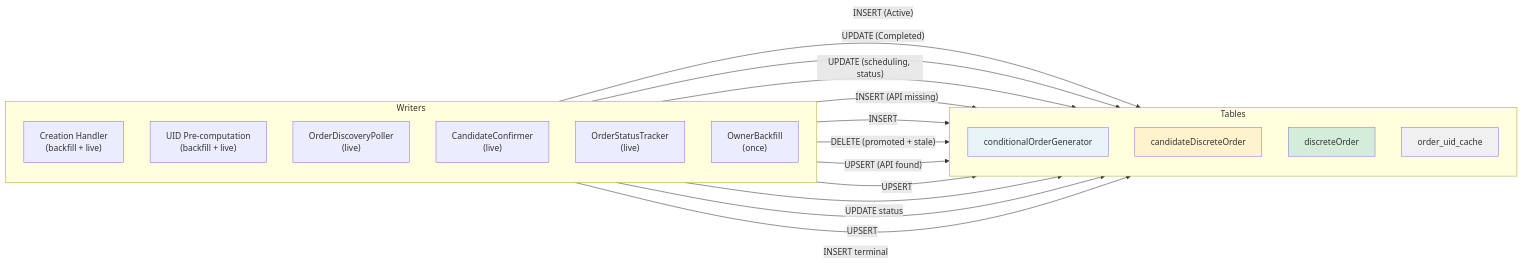
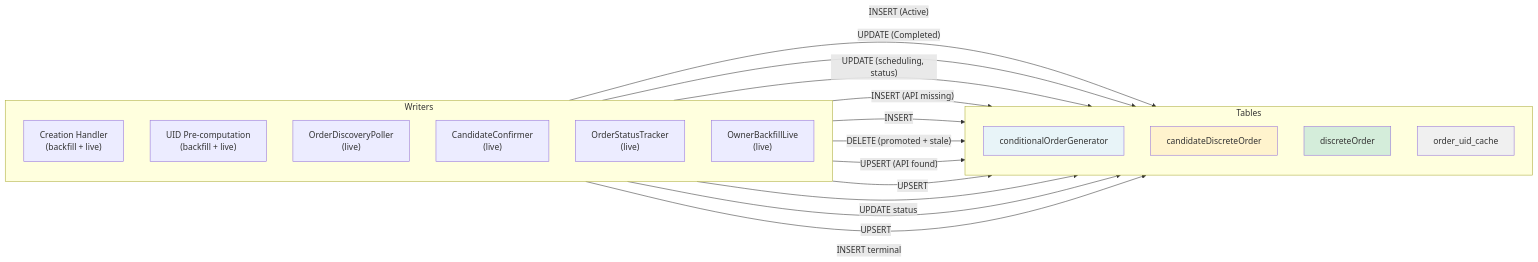
Before and after one commit to bleu/cow-programmatic-orders-api: the seventh of 7 diagrams in agent_docs/orderbook-integration-flow.md, drawn with Mermaid. The commit also changed other lines of this file and 14 other files, not shown here.

First line of the commit message:
perf(backfill): drain owner history only from the tip, not during sync (#115)

````diff
--- a/agent_docs/orderbook-integration-flow.md
+++ b/agent_docs/orderbook-integration-flow.md
@@ -649,40 +647,40 @@
 ```mermaid
 flowchart LR
     subgraph Writers
         direction TB
         A["Creation Handler<br/>(backfill + live)"]
         B["UID Pre-computation<br/>(backfill + live)"]
         OrderDiscoveryPoller["OrderDiscoveryPoller<br/>(live)"]
         CandidateConfirmer["CandidateConfirmer<br/>(live)"]
         OrderStatusTracker["OrderStatusTracker<br/>(live)"]
-        OwnerBackfill["OwnerBackfill<br/>(once)"]
+        OwnerBackfillLive["OwnerBackfillLive<br/>(live)"]
     end
 
     subgraph Tables
         direction TB
         Gen["conditionalOrderGenerator"]
         Cand["candidateDiscreteOrder"]
         Disc["discreteOrder"]
         Cache["order_uid_cache"]
     end
 
     A -->|"INSERT (Active)"| Gen
     B -->|"UPDATE (Completed)"| Gen
     OrderDiscoveryPoller -->|"UPDATE (scheduling, status)"| Gen
 
     B -->|"INSERT (API missing)"| Cand
     OrderDiscoveryPoller -->|"INSERT"| Cand
     CandidateConfirmer -->|"DELETE (promoted + stale)"| Cand
 
     B -->|"UPSERT (API found)"| Disc
     CandidateConfirmer -->|"UPSERT"| Disc
     OrderStatusTracker -->|"UPDATE status"| Disc
-    OwnerBackfill -->|"UPSERT"| Disc
+    OwnerBackfillLive -->|"UPSERT"| Disc
 
     OrderStatusTracker -->|"INSERT terminal"| Cache
 
     style Gen fill:#e8f4f8
     style Disc fill:#d4edda
     style Cand fill:#fff3cd
     style Cache fill:#f0f0f0
 ```
````
